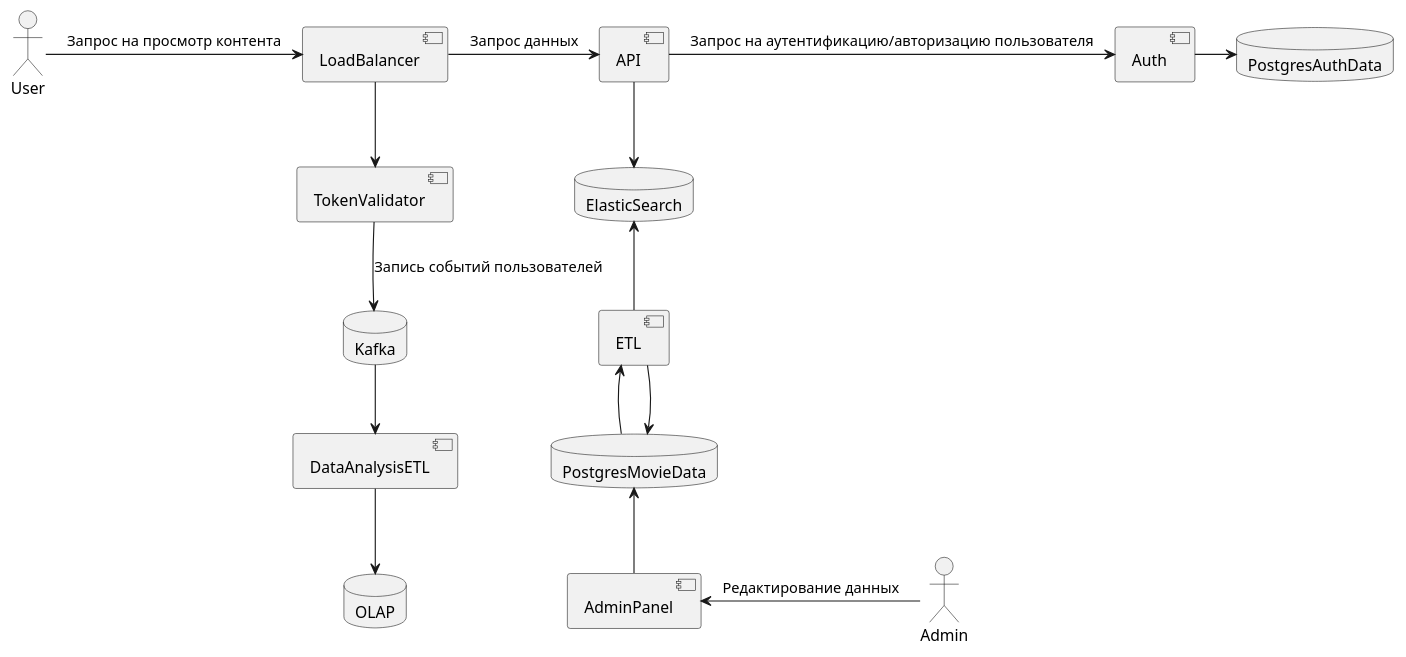
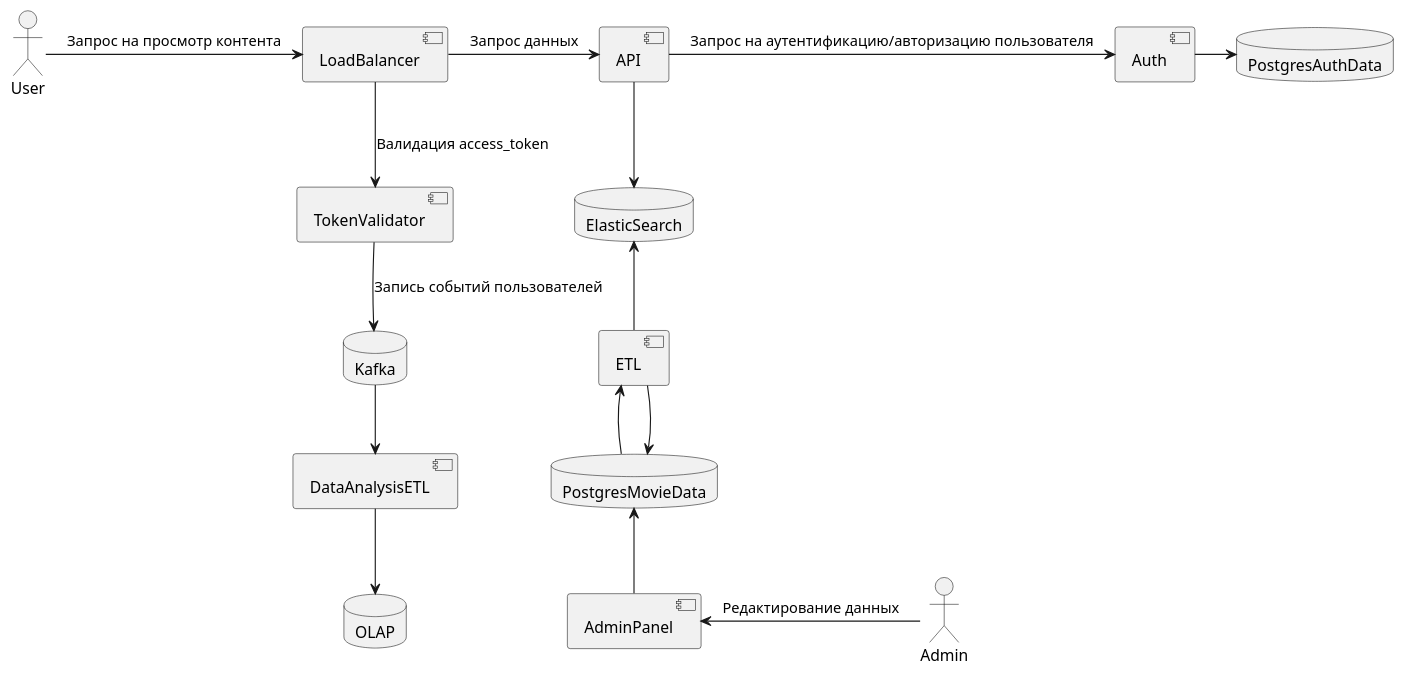
Before and after one commit to mrvanolog/ugc_sprint_1: the diagram in architecture/to_be.pu, drawn with PlantUML.

Commit message:
Update to be schema

```diff
--- a/architecture/to_be.pu
+++ b/architecture/to_be.pu
@@ -1,34 +1,34 @@
 @startuml
 
 skinparam componentStyle uml2
 actor User
 actor Admin
 database PostgresMovieData
 database PostgresAuthData
 database ElasticSearch
 database OLAP
 database Kafka
 component AdminPanel
 component LoadBalancer
 component TokenValidator
 component API
 component Auth
 component ETL
 component DataAnalysisETL
 
 User -right-> LoadBalancer: Запрос на просмотр контента
 LoadBalancer -right-> API: Запрос данных
 API -right-> Auth: Запрос на аутентификацию/авторизацию пользователя
-LoadBalancer -down-> TokenValidator
-TokenValidator -down-> Kafka : Запись событий пользователей
+LoadBalancer -down-> TokenValidator: Валидация access_token
+TokenValidator -down-> Kafka: Запись событий пользователей
 Kafka -down-> DataAnalysisETL
 DataAnalysisETL -down->OLAP
 API -down-> ElasticSearch
 Auth -right-> PostgresAuthData
 PostgresMovieData -up-> ETL
 ETL -down-> PostgresMovieData
 ETL -up-> ElasticSearch
 Admin -left-> AdminPanel: Редактирование данных
 AdminPanel -up-> PostgresMovieData
 
 @enduml
```
